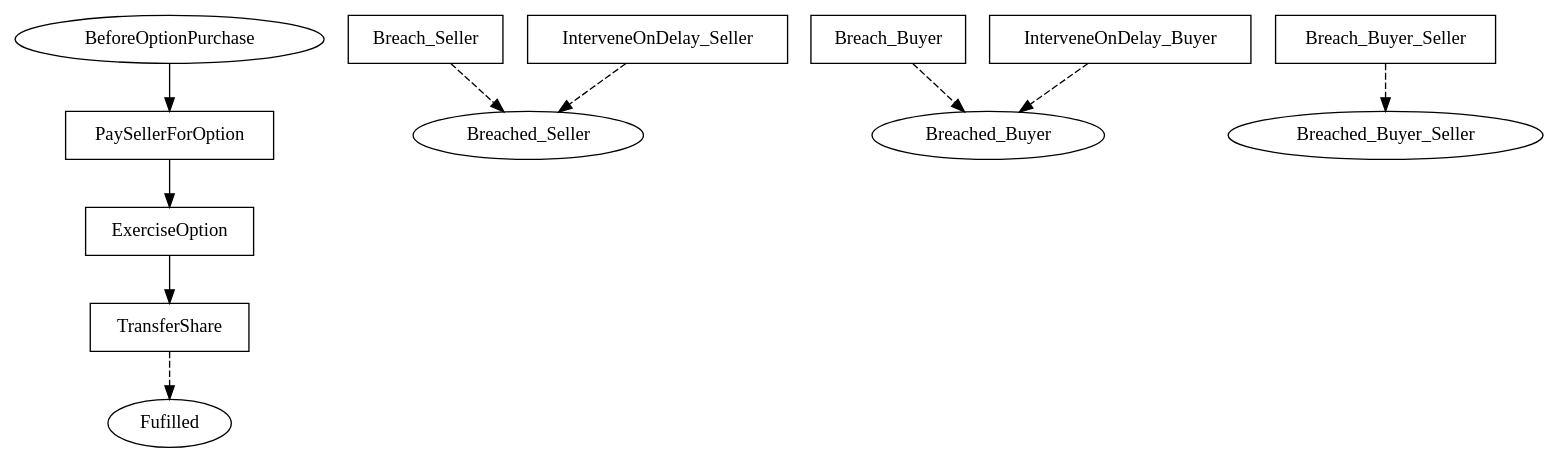
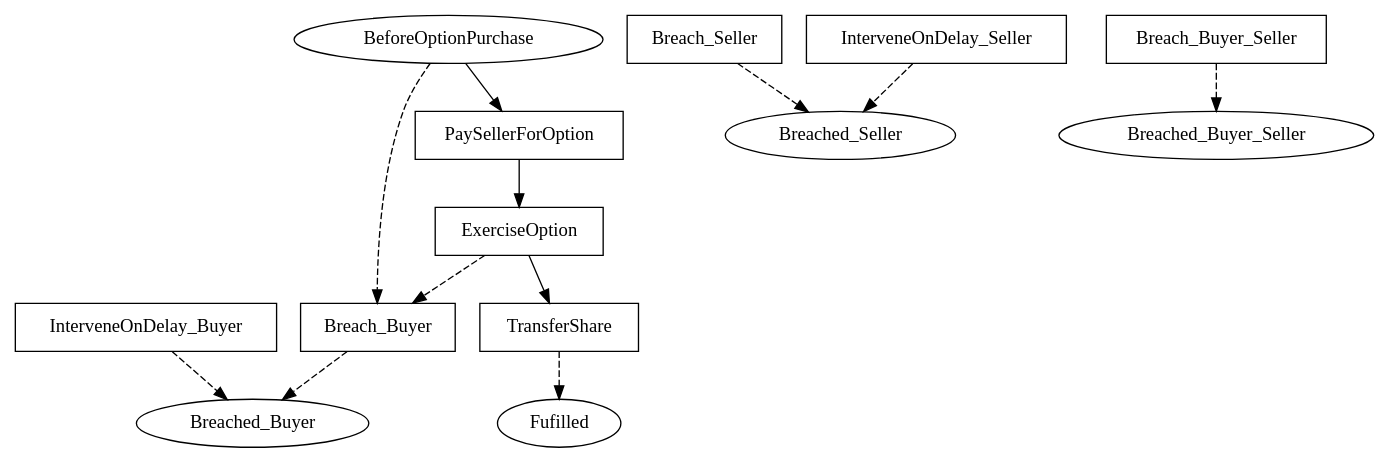
The diagram in linear_state_machine_language/pyL4/examples/out_graphviz/from_academic_lit/Farmer_american_call_option_2016.dot (Marcao02/complaw-deeptech), drawn with Graphviz before and after one commit. The commit also changed 39 other files, not shown here.

```diff
--- a/linear_state_machine_language/pyL4/examples/out_graphviz/from_academic_lit/Farmer_american_call_option_2016.dot
+++ b/linear_state_machine_language/pyL4/examples/out_graphviz/from_academic_lit/Farmer_american_call_option_2016.dot
@@ -1,35 +1,37 @@
 // THIS IS A GENERATED FILE. DO NOT EDIT.
 
 digraph Farmer_American_call_option_from_A_Formal_Language_for_Writing_Contracts_2016 {    
     Fulfilled[label=Fufilled];
     BeforeOptionPurchase[label=BeforeOptionPurchase];
 	Breached_Seller[label=Breached_Seller];
 	Breached_Buyer[label=Breached_Buyer];
 	Breached_Buyer_Seller[label=Breached_Buyer_Seller]
     
      
     PaySellerForOption[label=PaySellerForOption,shape=box];
 	ExerciseOption[label=ExerciseOption,shape=box];
 	TransferShare[label=TransferShare,shape=box];
 	Breach_Seller[label=Breach_Seller,shape=box];
 	Breach_Buyer[label=Breach_Buyer,shape=box];
 	Breach_Buyer_Seller[label=Breach_Buyer_Seller,shape=box];
 	InterveneOnDelay_Buyer[label=InterveneOnDelay_Buyer,shape=box];
 	InterveneOnDelay_Seller[label=InterveneOnDelay_Seller,shape=box]    
     
     
     
     BeforeOptionPurchase -> PaySellerForOption;
+	BeforeOptionPurchase -> Breach_Buyer [style=dashed];
 	PaySellerForOption -> ExerciseOption;
-	ExerciseOption -> TransferShare
+	ExerciseOption -> TransferShare;
+	ExerciseOption -> Breach_Buyer [style=dashed]
     
     TransferShare -> Fulfilled [style=dashed];
 	Breach_Seller -> Breached_Seller [style=dashed];
 	Breach_Buyer -> Breached_Buyer [style=dashed];
 	Breach_Buyer_Seller -> Breached_Buyer_Seller [style=dashed];
 	InterveneOnDelay_Buyer -> Breached_Buyer [style=dashed];
 	InterveneOnDelay_Seller -> Breached_Seller [style=dashed];
 	     
     
        
 }
```
